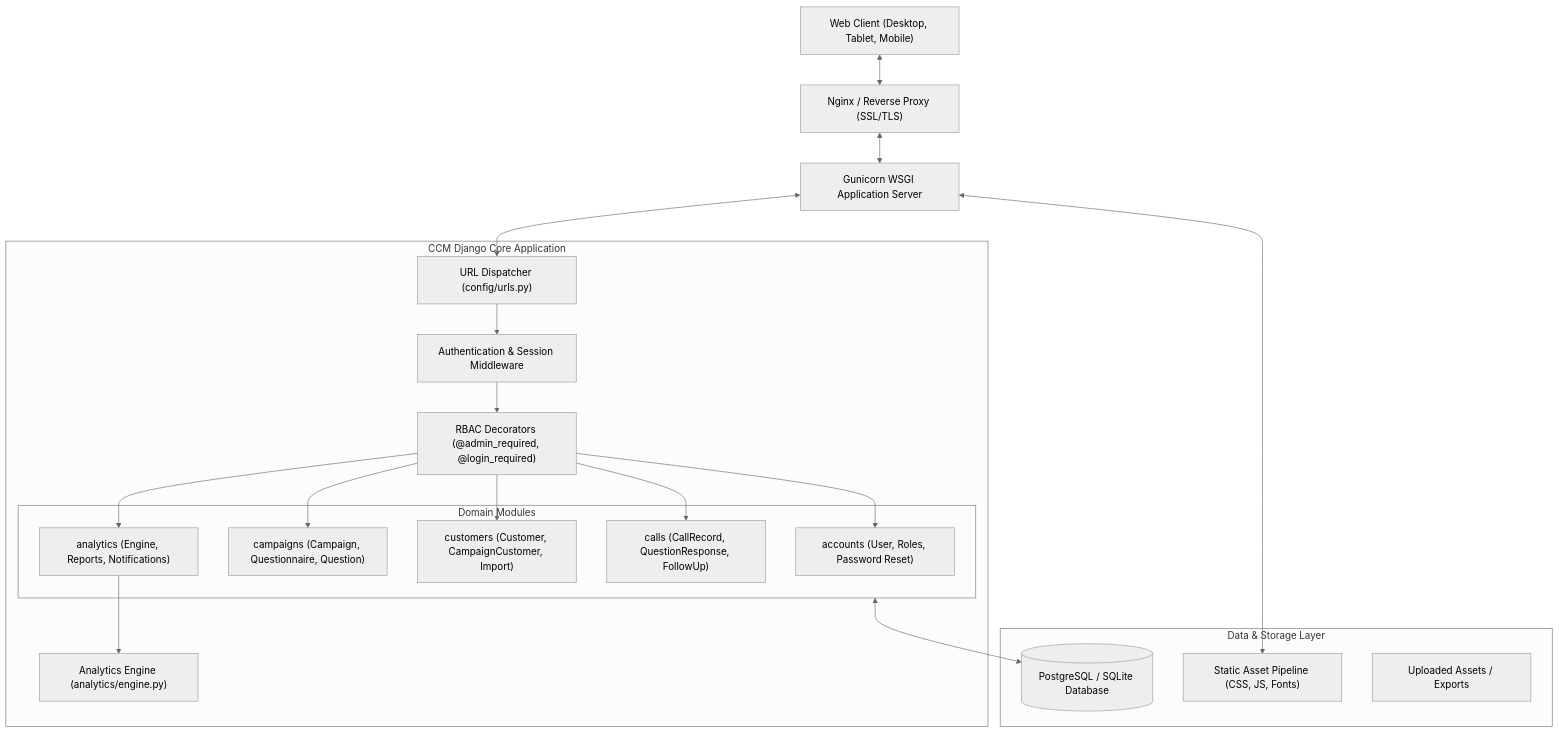
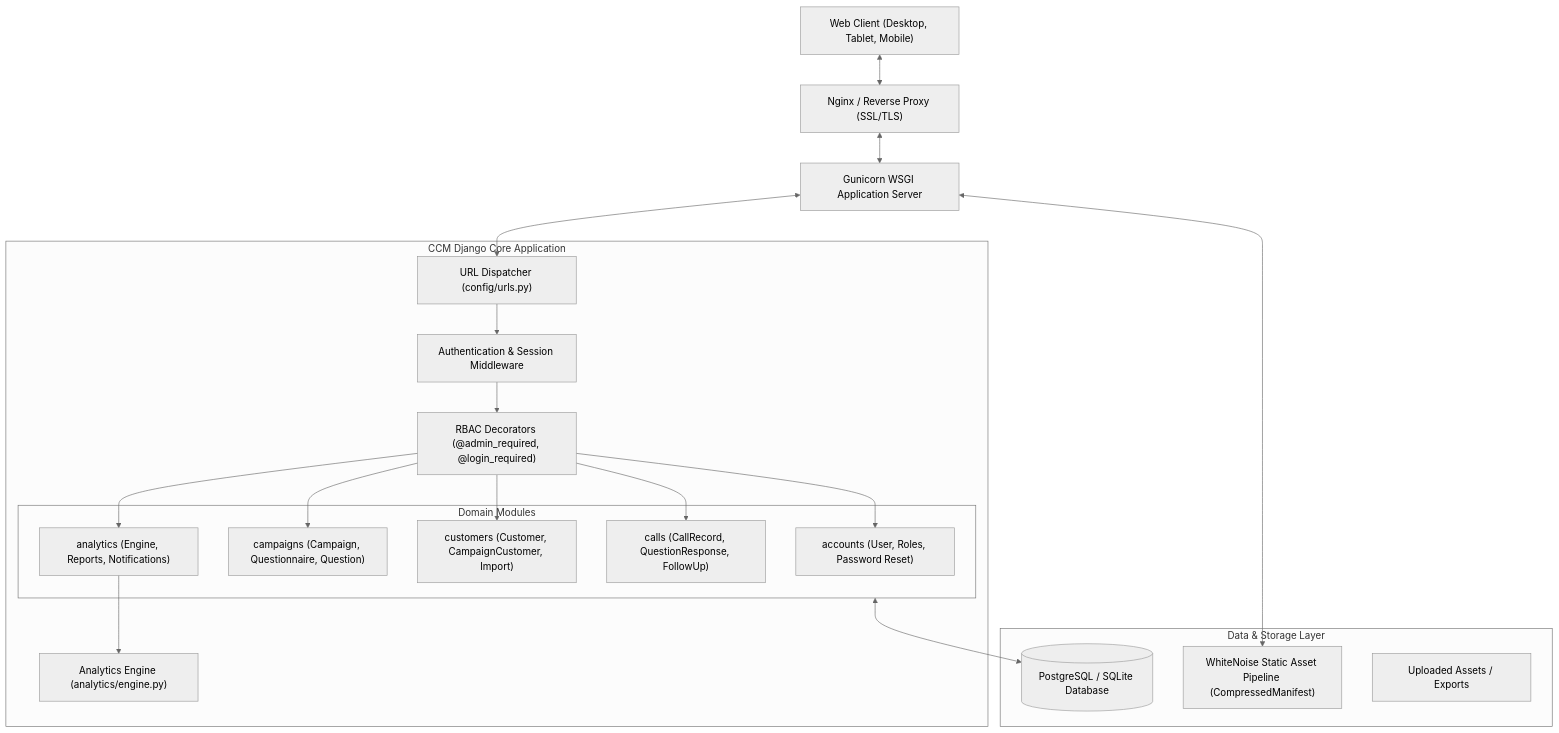
The first of 2 diagrams in docs/architecture.md (Ayush7kr/ccm_project), drawn with Mermaid (neutral theme) before and after one commit. The commit also changed 5 other files, not shown here.

Commit message:
docs: update deployment, architecture, setup, features, security, and troubleshooting guides

````diff
--- a/docs/architecture.md
+++ b/docs/architecture.md
@@ -16,41 +16,41 @@
 ```mermaid
 flowchart TD
     Client["Web Client (Desktop, Tablet, Mobile)"]
     Proxy["Nginx / Reverse Proxy (SSL/TLS)"]
     WSGI["Gunicorn WSGI Application Server"]
     
     subgraph DjangoApplication ["CCM Django Core Application"]
         Router["URL Dispatcher (config/urls.py)"]
         AuthMid["Authentication & Session Middleware"]
         RBAC["RBAC Decorators (@admin_required, @login_required)"]
         
         subgraph Apps ["Domain Modules"]
             AccountsApp["accounts (User, Roles, Password Reset)"]
             CampaignsApp["campaigns (Campaign, Questionnaire, Question)"]
             CustomersApp["customers (Customer, CampaignCustomer, Import)"]
             CallsApp["calls (CallRecord, QuestionResponse, FollowUp)"]
             AnalyticsApp["analytics (Engine, Reports, Notifications)"]
         end
         
         Engine["Analytics Engine (analytics/engine.py)"]
     end
     
     subgraph Storage ["Data & Storage Layer"]
         DB[(PostgreSQL / SQLite Database)]
-        StaticFiles["Static Asset Pipeline (CSS, JS, Fonts)"]
+        WhiteNoise["WhiteNoise Static Asset Pipeline (CompressedManifest)"]
         MediaFiles["Uploaded Assets / Exports"]
     end
 
     Client <--> Proxy
     Proxy <--> WSGI
     WSGI <--> Router
     Router --> AuthMid --> RBAC
     RBAC --> AccountsApp
     RBAC --> CampaignsApp
     RBAC --> CustomersApp
     RBAC --> CallsApp
     RBAC --> AnalyticsApp
     AnalyticsApp --> Engine
     Apps <--> DB
-    WSGI <--> StaticFiles
+    WSGI <--> WhiteNoise
 ```
````
